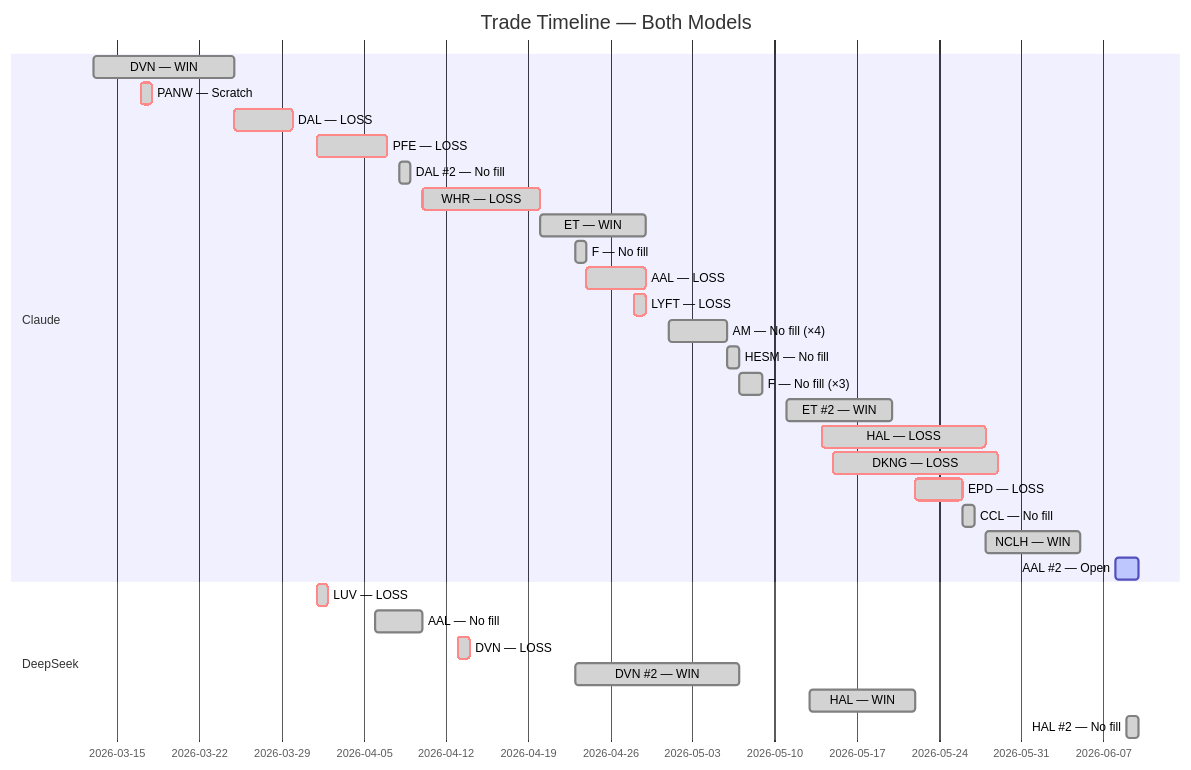
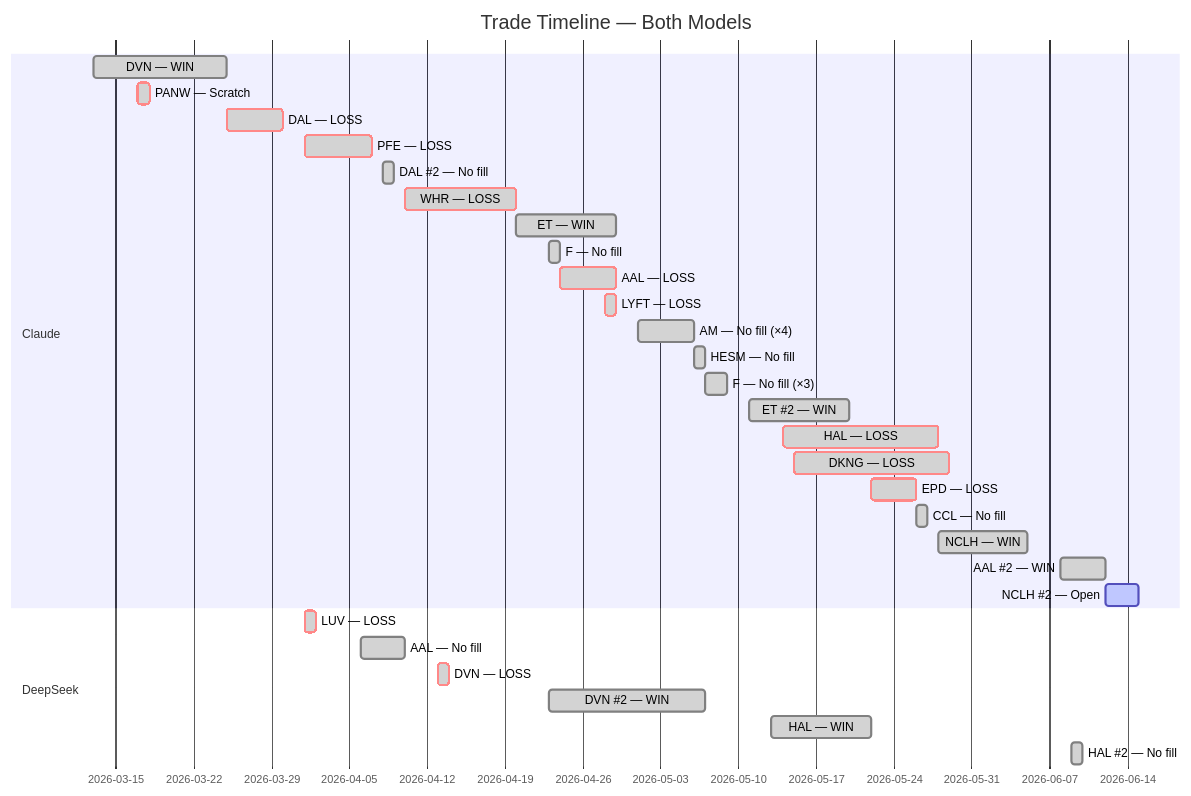
The fifth of 5 diagrams in README.md (zachisit/ai-auto-buy-thesis), drawn with Mermaid before and after one commit. The commit also changed other lines of this file and 6 other files, not shown here.

First line of the commit message:
Update README and add session logs for 6/11, 6/12, 6/15 — AAL #2 closed +$98.55 (experiment's largest win), NCLH #2 open +$40.29; Iran deal complete

````diff
--- a/README.md
+++ b/README.md
@@ -63,33 +63,34 @@
 ```mermaid
 gantt
     title Trade Timeline — Both Models
     dateFormat YYYY-MM-DD
     section Claude
     DVN — WIN            :done,    2026-03-13, 2026-03-25
     PANW — Scratch       :crit, done, 2026-03-17, 2026-03-18
     DAL — LOSS           :crit, done, 2026-03-25, 2026-03-30
     PFE — LOSS           :crit, done, 2026-04-01, 2026-04-07
     DAL #2 — No fill     :done,    2026-04-08, 2026-04-09
     WHR — LOSS           :crit, done, 2026-04-10, 2026-04-20
     ET — WIN             :done,    2026-04-20, 2026-04-29
     F — No fill          :done,    2026-04-23, 2026-04-24
     AAL — LOSS           :crit, done, 2026-04-24, 2026-04-29
     LYFT — LOSS          :crit, done, 2026-04-28, 2026-04-29
     AM — No fill (×4)    :done,    2026-05-01, 2026-05-06
     HESM — No fill       :done,    2026-05-06, 2026-05-07
     F — No fill (×3)     :done,    2026-05-07, 2026-05-09
     ET #2 — WIN          :done,    2026-05-11, 2026-05-20
     HAL — LOSS           :crit, done, 2026-05-14, 2026-05-28
     DKNG — LOSS          :crit, done, 2026-05-15, 2026-05-29
     EPD — LOSS           :crit, done, 2026-05-22, 2026-05-26
     CCL — No fill        :done,    2026-05-26, 2026-05-27
     NCLH — WIN           :done,    2026-05-28, 2026-06-05
-    AAL #2 — Open        :active,  2026-06-08, 2026-06-10
+    AAL #2 — WIN         :done,    2026-06-08, 2026-06-12
+    NCLH #2 — Open       :active,  2026-06-12, 2026-06-15
     section DeepSeek
     LUV — LOSS           :crit, done, 2026-04-01, 2026-04-02
     AAL — No fill        :done,    2026-04-06, 2026-04-10
     DVN — LOSS           :crit, done, 2026-04-13, 2026-04-14
     DVN #2 — WIN         :done,    2026-04-23, 2026-05-07
     HAL — WIN            :done,    2026-05-13, 2026-05-22
     HAL #2 — No fill    :done,    2026-06-09, 2026-06-10
 ```
````
